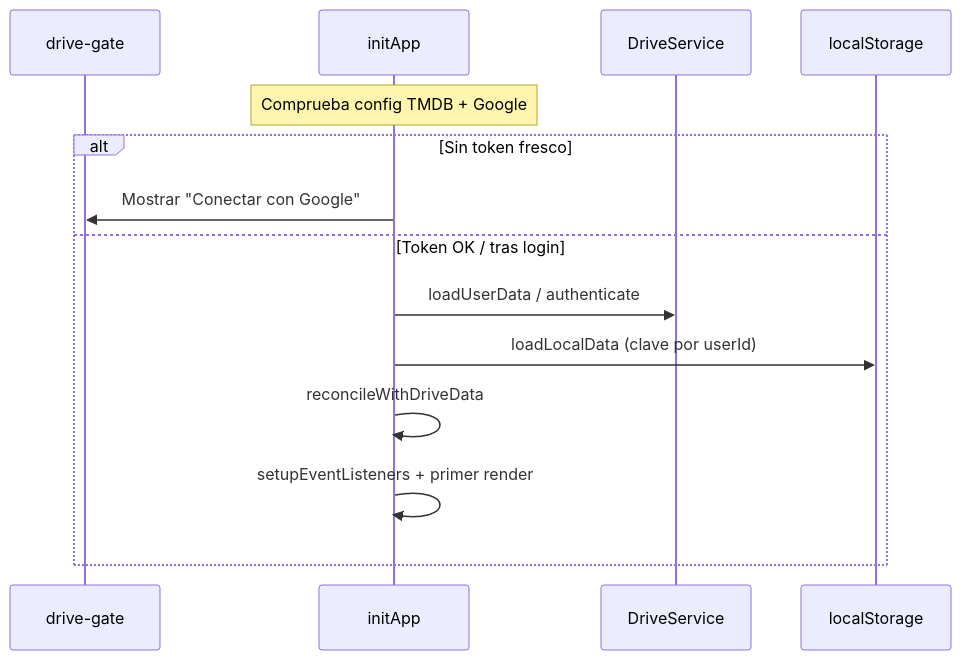
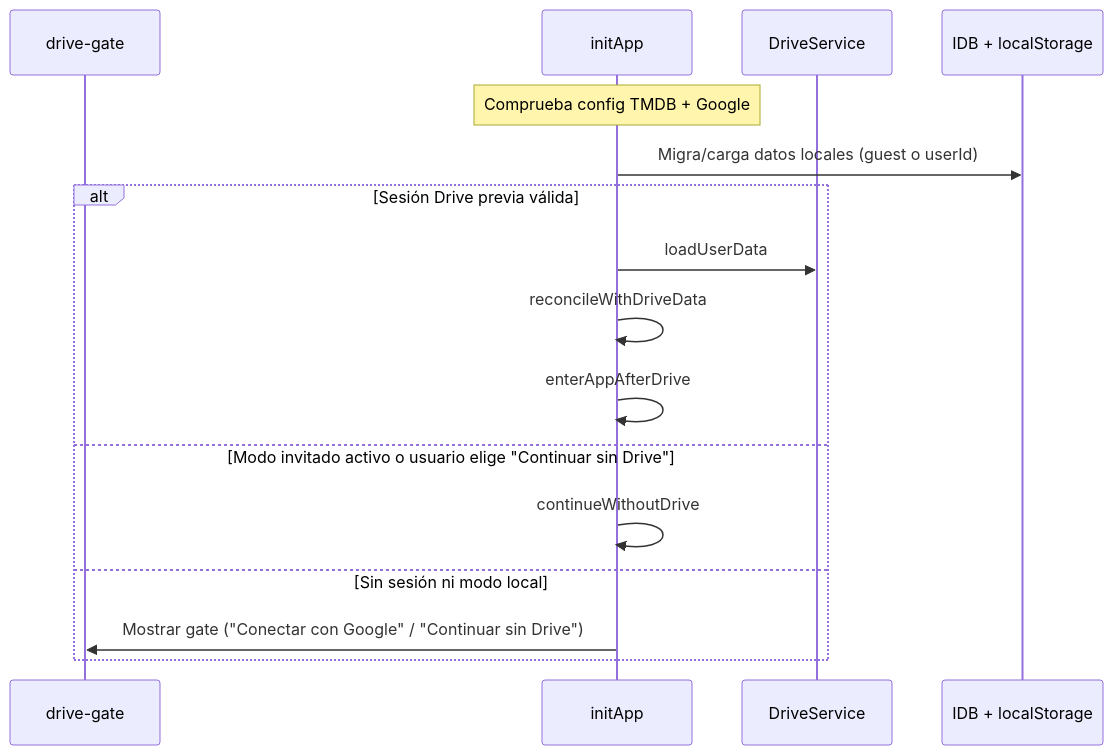
One commit to mruiz087/SeenIt changed the second of 2 diagrams in docs/01-vision-y-arquitectura.md. Above: the diagram before and after it, drawn with Mermaid. The commit also changed other lines of this file and 23 other files, not shown here.

````diff
--- a/docs/01-vision-y-arquitectura.md
+++ b/docs/01-vision-y-arquitectura.md
@@ -67,16 +71,18 @@
 ```mermaid
 sequenceDiagram
   participant Gate as drive-gate
   participant App as initApp
   participant Drive as DriveService
-  participant LS as localStorage
+  participant Local as IDB + localStorage
   Note over App: Comprueba config TMDB + Google
-  alt Sin token fresco
-    App->>Gate: Mostrar "Conectar con Google"
-  else Token OK / tras login
-    App->>Drive: loadUserData / authenticate
-    App->>LS: loadLocalData (clave por userId)
+  App->>Local: Migra/carga datos locales (guest o userId)
+  alt Sesión Drive previa válida
+    App->>Drive: loadUserData
     App->>App: reconcileWithDriveData
-    App->>App: setupEventListeners + primer render
+    App->>App: enterAppAfterDrive
+  else Modo invitado activo o usuario elige "Continuar sin Drive"
+    App->>App: continueWithoutDrive
+  else Sin sesión ni modo local
+    App->>Gate: Mostrar gate ("Conectar con Google" / "Continuar sin Drive")
   end
 ```
````
